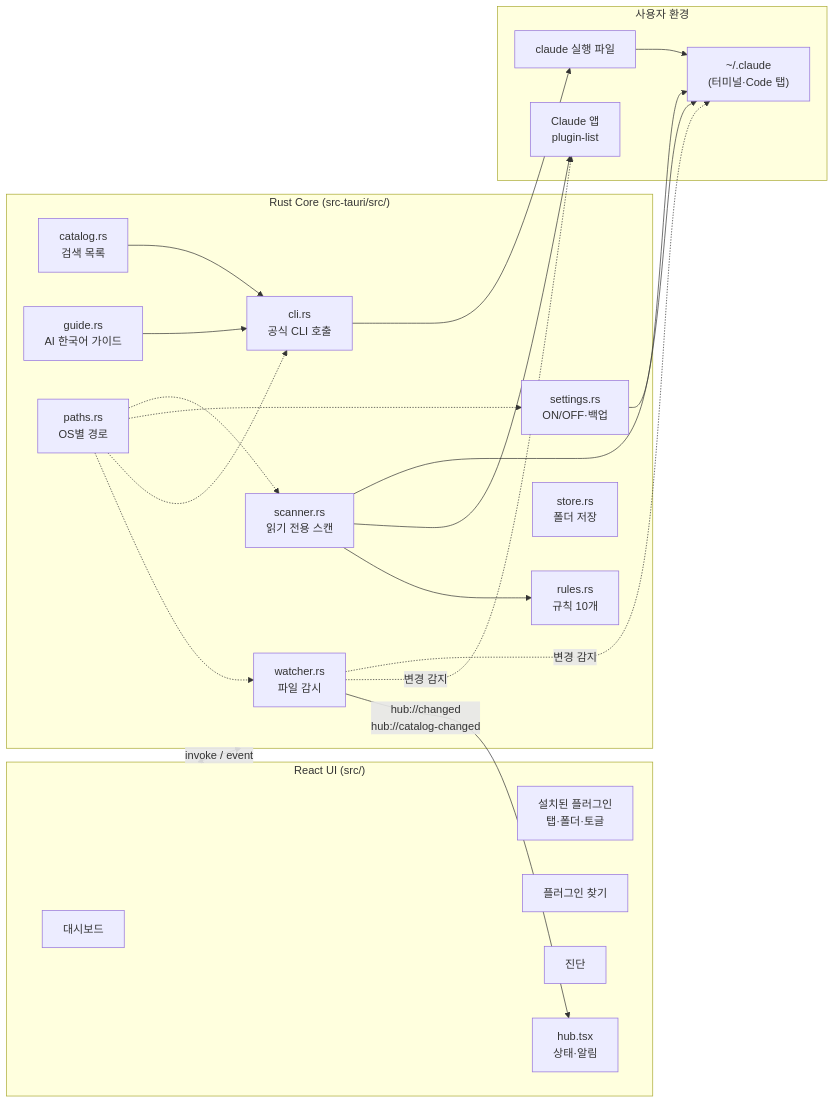
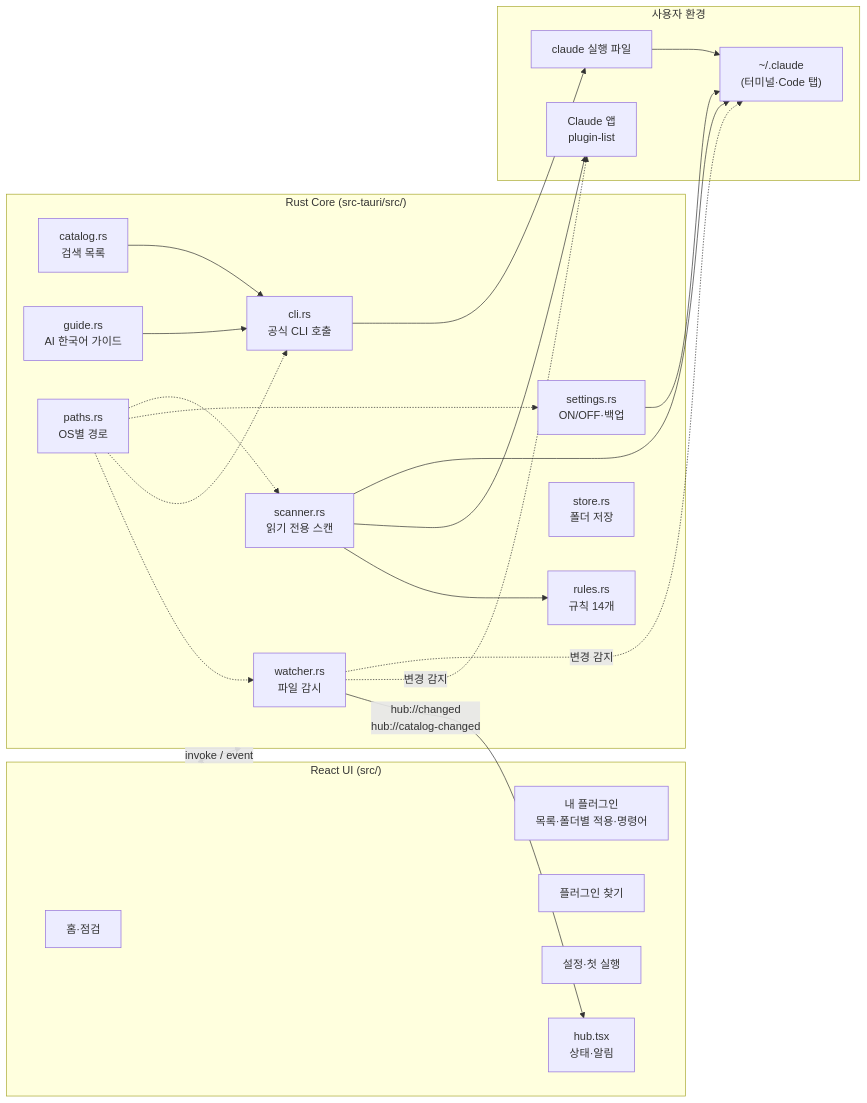
The diagram in README.md (kimmj1234/plugin-hub), drawn with Mermaid before and after one commit. The commit also changed other lines of this file and 40 other files, not shown here.

````diff
--- a/README.md
+++ b/README.md
@@ -140,39 +184,39 @@
 ```mermaid
 flowchart LR
     subgraph UI["React UI (src/)"]
-        Dash[대시보드]
-        Inst[설치된 플러그인<br/>탭·폴더·토글]
+        Dash[홈·점검]
+        Inst[내 플러그인<br/>목록·폴더별 적용·명령어]
         Disc[플러그인 찾기]
-        Diag[진단]
+        Set[설정·첫 실행]
         Hub[hub.tsx<br/>상태·알림]
     end
 
     subgraph Core["Rust Core (src-tauri/src/)"]
         Scanner[scanner.rs<br/>읽기 전용 스캔]
-        Rules[rules.rs<br/>규칙 10개]
+        Rules[rules.rs<br/>규칙 14개]
         Settings[settings.rs<br/>ON/OFF·백업]
         CLI[cli.rs<br/>공식 CLI 호출]
         Catalog[catalog.rs<br/>검색 목록]
         Watcher[watcher.rs<br/>파일 감시]
         Store[store.rs<br/>폴더 저장]
         Guide[guide.rs<br/>AI 한국어 가이드]
         Paths[paths.rs<br/>OS별 경로]
     end
 
     subgraph Env["사용자 환경"]
         Claude["~/.claude<br/>(터미널·Code 탭)"]
         App["Claude 앱<br/>plugin-list"]
         Bin["claude 실행 파일"]
     end
 
     UI <-->|invoke / event| Core
     Scanner --> Claude & App
     Scanner --> Rules
     Settings --> Claude
     CLI --> Bin --> Claude
     Catalog --> CLI
     Guide --> CLI
     Watcher -. 변경 감지 .-> Claude & App
     Watcher -->|hub://changed<br/>hub://catalog-changed| Hub
     Paths -.-> Scanner & Settings & CLI & Watcher
 ```
````
